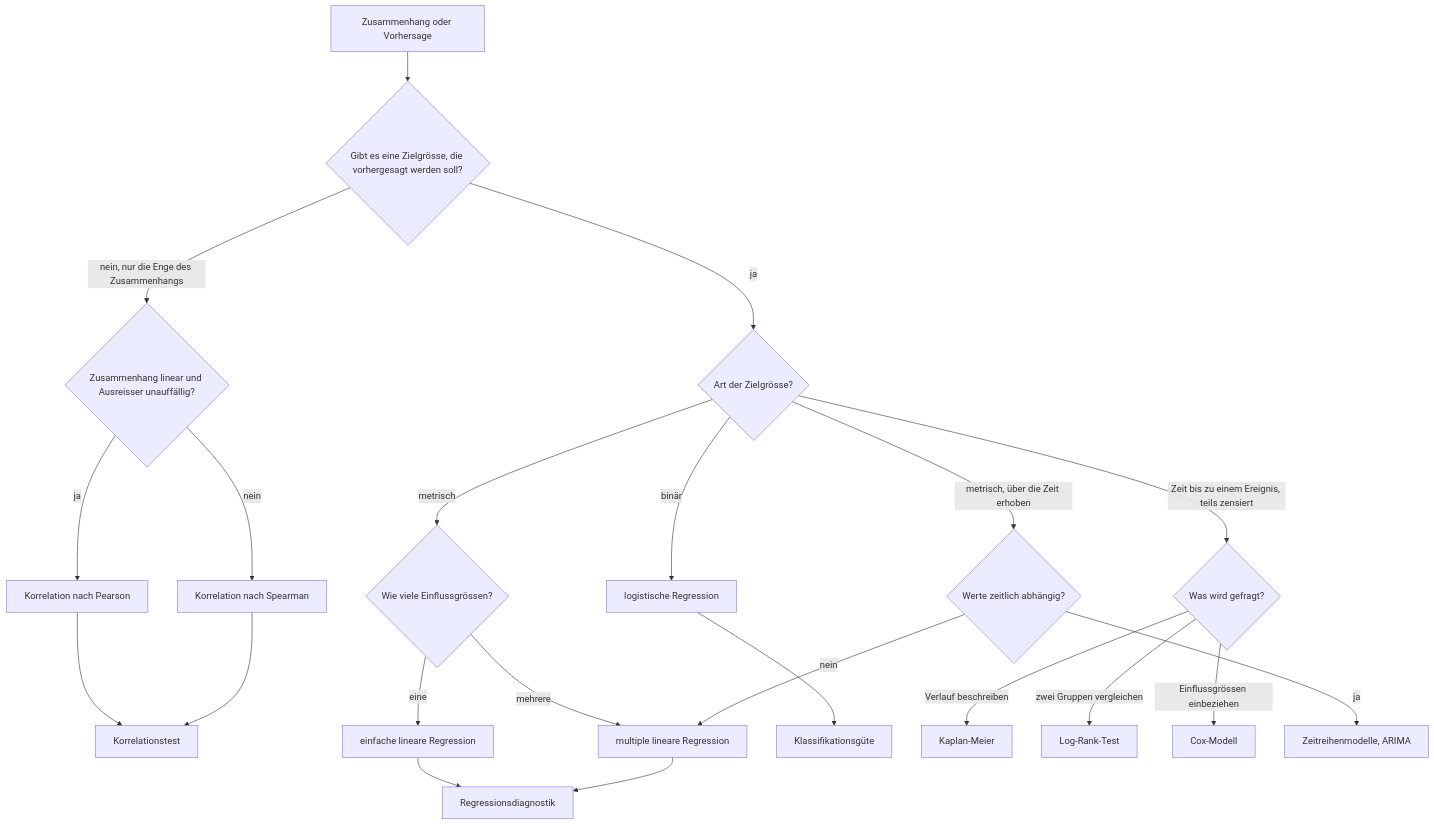
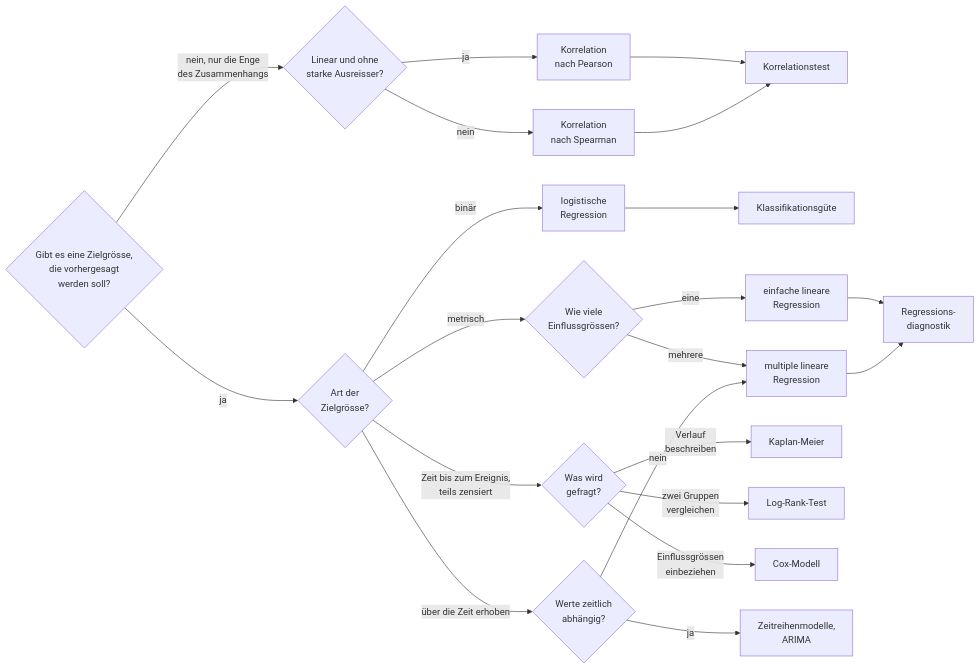
The third of 4 diagrams in statistik/verfahren-waehlen.qmd (Dimivo-7/Data-Science), drawn with Mermaid before and after one commit. The commit also changed other lines of this file and 1 other file, not shown here.

First line of the commit message:
Entscheidungsbaeume lesbar machen, Mermaid-Quelltext ausblenden

````diff
--- a/statistik/verfahren-waehlen.qmd
+++ b/statistik/verfahren-waehlen.qmd
@@ -99,31 +110,29 @@
 ```{mermaid}
 %%| label: fig-baum-zusammenhang
 %%| fig-cap: "Von der Art der Zielgrösse zum passenden Modell."
-flowchart TD
-    S["Zusammenhang oder Vorhersage"] --> Z{"Gibt es eine Zielgrösse, die vorhergesagt werden soll?"}
+%%| echo: false
+flowchart LR
+    Z{"Gibt es eine Zielgrösse,<br>die vorhergesagt<br>werden soll?"}
 
-    Z -->|"nein, nur die Enge des Zusammenhangs"| C{"Zusammenhang linear und Ausreisser unauffällig?"}
-    C -->|"ja"| C1["Korrelation nach Pearson"]
-    C -->|"nein"| C2["Korrelation nach Spearman"]
+    Z -->|"nein, nur die Enge<br>des Zusammenhangs"| C{"Linear und ohne<br>starke Ausreisser?"}
+    C -->|"ja"| C1["Korrelation<br>nach Pearson"]
+    C -->|"nein"| C2["Korrelation<br>nach Spearman"]
     C1 --> C3["Korrelationstest"]
     C2 --> C3
 
-    Z -->|"ja"| Y{"Art der Zielgrösse?"}
-    Y -->|"metrisch"| Y1{"Wie viele Einflussgrössen?"}
-    Y -->|"binär"| Y2["logistische Regression"]
-    Y -->|"Zeit bis zu einem Ereignis, teils zensiert"| Y3{"Was wird gefragt?"}
-    Y -->|"metrisch, über die Zeit erhoben"| Y4{"Werte zeitlich abhängig?"}
+    Z -->|"ja"| Y{"Art der<br>Zielgrösse?"}
+    Y -->|"metrisch"| Y1{"Wie viele<br>Einflussgrössen?"}
+    Y -->|"binär"| Y2["logistische<br>Regression"] --> G["Klassifikationsgüte"]
+    Y -->|"Zeit bis zum Ereignis,<br>teils zensiert"| Y3{"Was wird<br>gefragt?"}
+    Y -->|"über die Zeit erhoben"| Y4{"Werte zeitlich<br>abhängig?"}
 
-    Y1 -->|"eine"| R1["einfache lineare Regression"]
-    Y1 -->|"mehrere"| R2["multiple lineare Regression"]
-    R1 --> D["Regressionsdiagnostik"]
-    R2 --> D
-    Y2 --> G["Klassifikationsgüte"]
+    Y1 -->|"eine"| R1["einfache lineare<br>Regression"] --> D["Regressions-<br>diagnostik"]
+    Y1 -->|"mehrere"| R2["multiple lineare<br>Regression"] --> D
 
-    Y3 -->|"Verlauf beschreiben"| U1["Kaplan-Meier"]
-    Y3 -->|"zwei Gruppen vergleichen"| U2["Log-Rank-Test"]
-    Y3 -->|"Einflussgrössen einbeziehen"| U3["Cox-Modell"]
+    Y3 -->|"Verlauf<br>beschreiben"| U1["Kaplan-Meier"]
+    Y3 -->|"zwei Gruppen<br>vergleichen"| U2["Log-Rank-Test"]
+    Y3 -->|"Einflussgrössen<br>einbeziehen"| U3["Cox-Modell"]
 
-    Y4 -->|"ja"| T1["Zeitreihenmodelle, ARIMA"]
+    Y4 -->|"ja"| T1["Zeitreihenmodelle,<br>ARIMA"]
     Y4 -->|"nein"| R2
 ```
````
